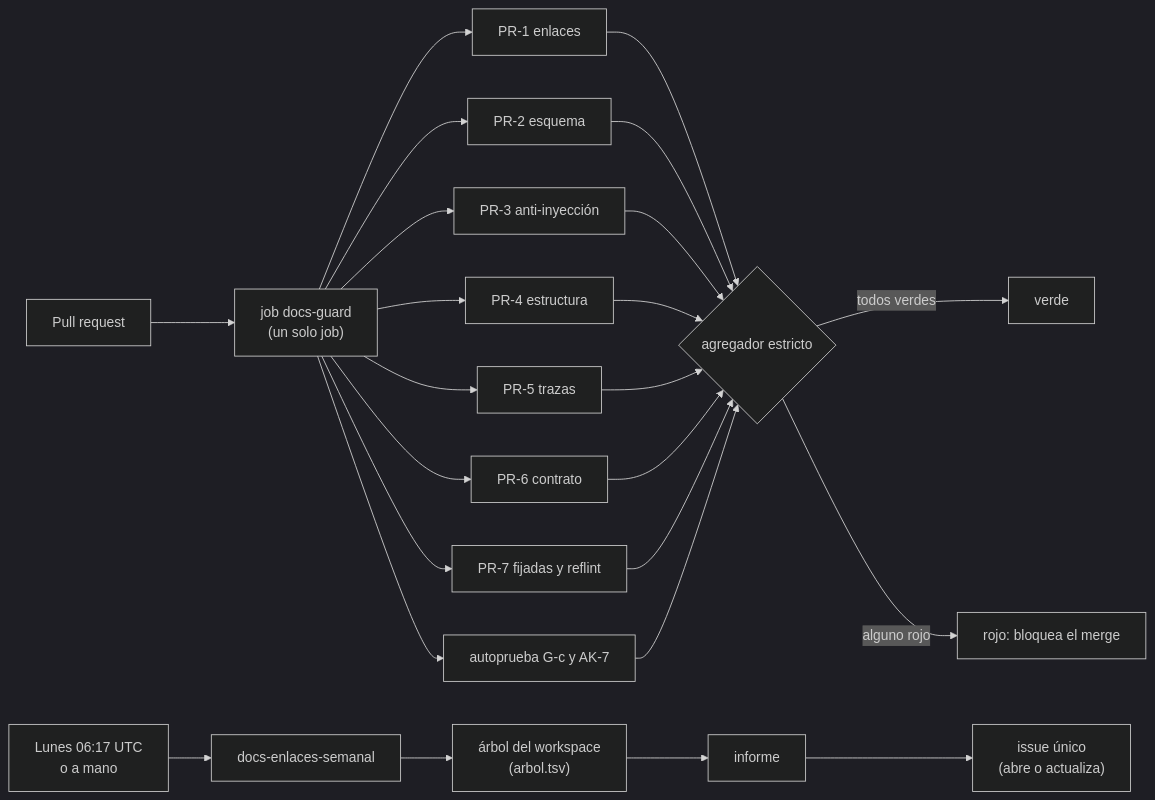
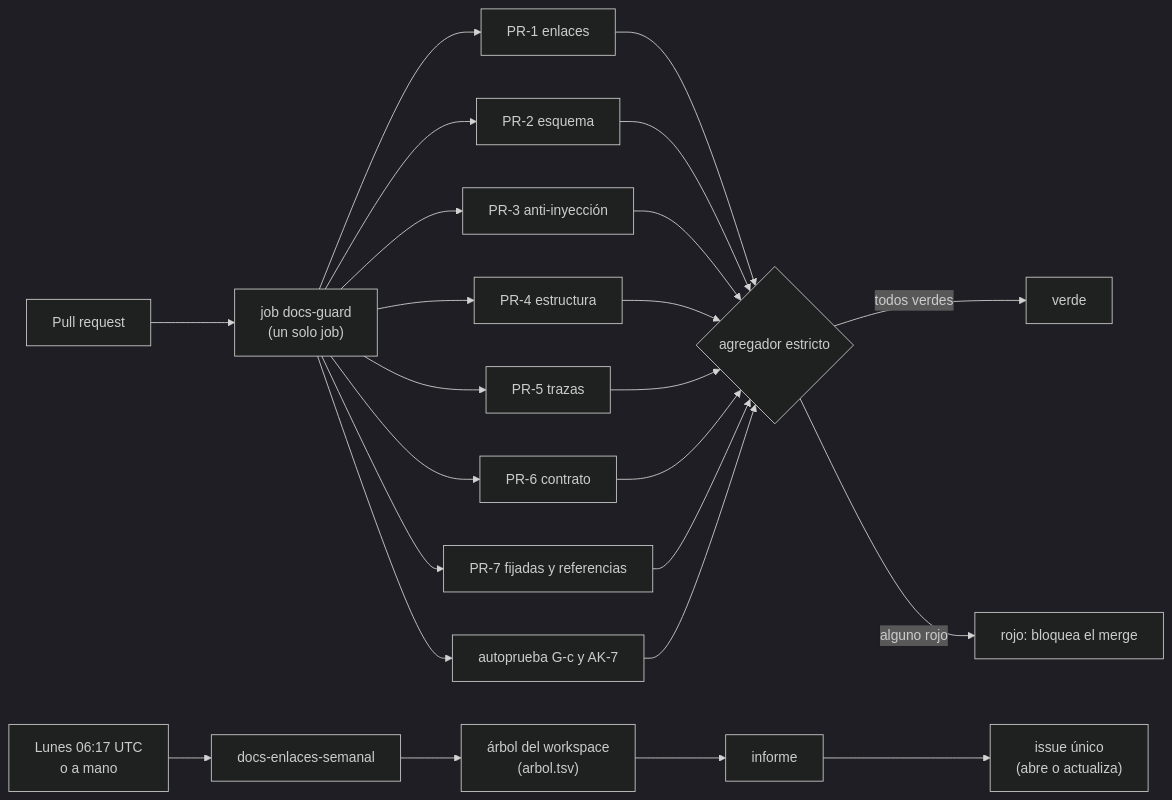
The diagram in tools/docs-guard/README.md (hdcm-dev/Lab-Documentos), drawn with Mermaid (dark theme) before and after one commit. The commit also changed other lines of this file and 23 other files, not shown here.

````diff
--- a/tools/docs-guard/README.md
+++ b/tools/docs-guard/README.md
@@ -64,11 +64,11 @@
 ```mermaid
 flowchart LR
   PR["Pull request"] --> J["job docs-guard<br/>(un solo job)"]
   J --> G1["PR-1 enlaces"] & G2["PR-2 esquema"] & G3["PR-3 anti-inyección"] & G4["PR-4 estructura"]
-  J --> G5["PR-5 trazas"] & G6["PR-6 contrato"] & G7["PR-7 fijadas y reflint"] & AU["autoprueba G-c y AK-7"]
+  J --> G5["PR-5 trazas"] & G6["PR-6 contrato"] & G7["PR-7 fijadas y referencias"] & AU["autoprueba G-c y AK-7"]
   G1 & G2 & G3 & G4 & G5 & G6 & G7 & AU --> AG{"agregador estricto"}
   AG -->|todos verdes| V["verde"]
   AG -->|alguno rojo| R["rojo: bloquea el merge"]
   CR["Lunes 06:17 UTC<br/>o a mano"] --> S["docs-enlaces-semanal"]
   S --> AR["árbol del workspace<br/>(arbol.tsv)"] --> IN["informe"] --> IS["issue único<br/>(abre o actualiza)"]
 ```
````
